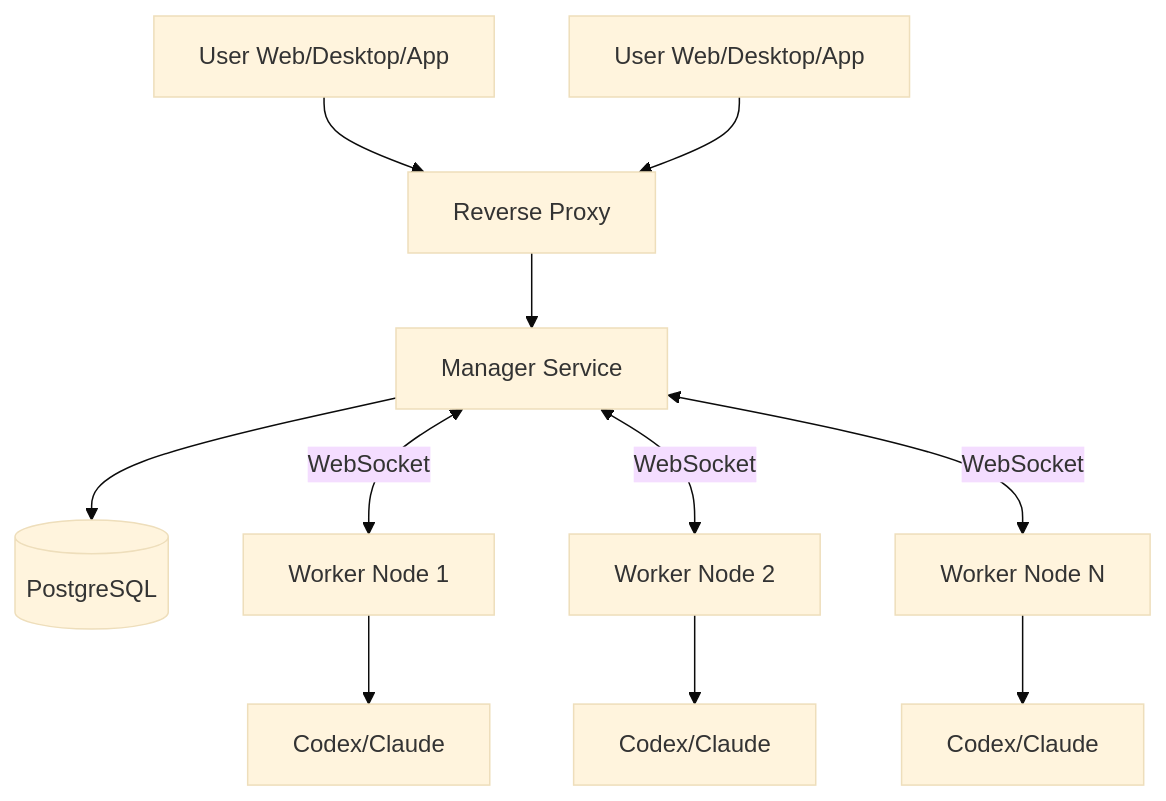
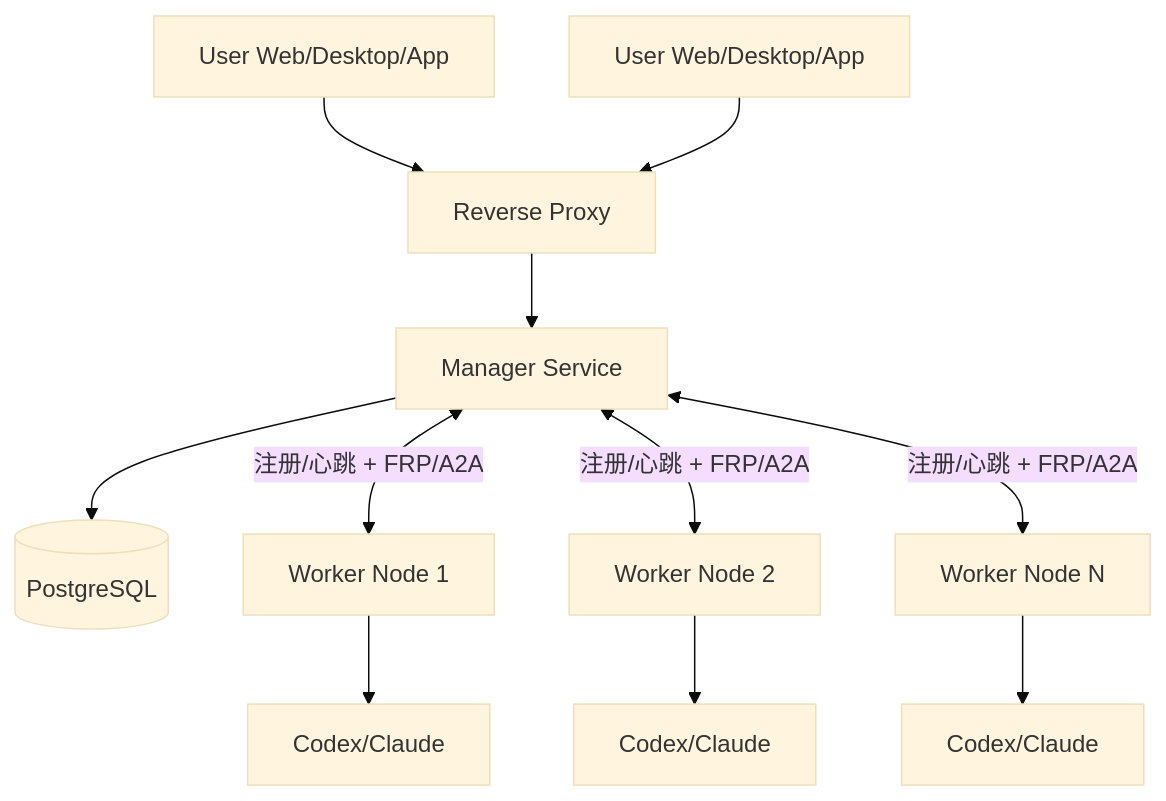
The seventh of 7 diagrams in docs/system-design.md (tangxusc/block-play-table), drawn with Mermaid (base theme) before and after one commit. The commit also changed other lines of this file and 214 other files, not shown here.

````diff
--- a/docs/system-design.md
+++ b/docs/system-design.md
@@ -1611,13 +1566,13 @@
 ```mermaid
 flowchart TD
     U1[User Web/Desktop/App] --> LB[Reverse Proxy]
     U2[User Web/Desktop/App] --> LB
     LB --> M[Manager Service]
     M --> PG[(PostgreSQL)]
-    M <-->|WebSocket| W1[Worker Node 1]
-    M <-->|WebSocket| W2[Worker Node 2]
-    M <-->|WebSocket| W3[Worker Node N]
+    M <-->|注册/心跳 + FRP/A2A| W1[Worker Node 1]
+    M <-->|注册/心跳 + FRP/A2A| W2[Worker Node 2]
+    M <-->|注册/心跳 + FRP/A2A| W3[Worker Node N]
     W1 --> A1[Codex/Claude]
     W2 --> A2[Codex/Claude]
     W3 --> A3[Codex/Claude]
 ```
````
